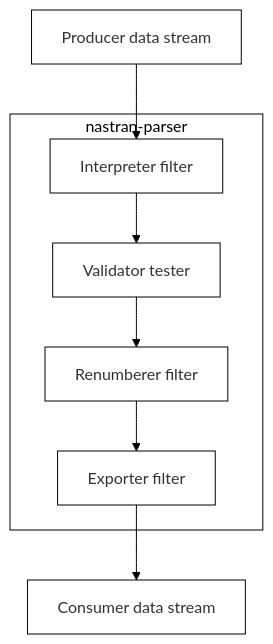
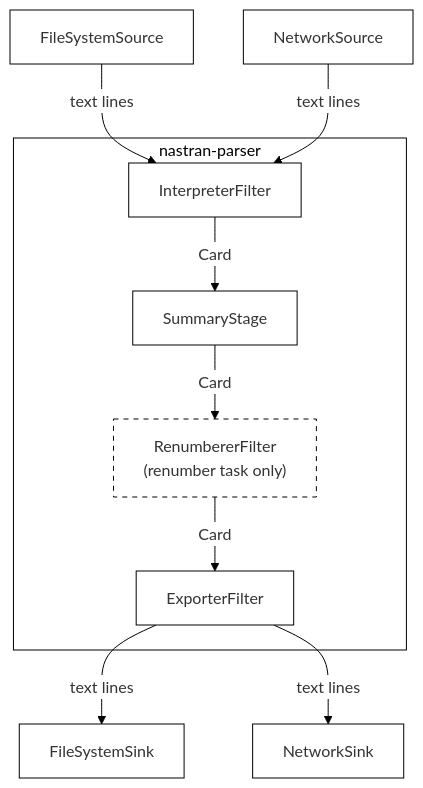
Before and after one commit to micos20/nastran-parser: the diagram in architecture/architectural_dossier.md, drawn with Mermaid. The commit also changed other lines of this file, not shown here.

First line of the commit message:
docs: expand architectural dossier with module mapping and revised diagrams

````diff
--- a/architecture/architectural_dossier.md
+++ b/architecture/architectural_dossier.md
@@ -90,20 +96,26 @@
 ```mermaid
 %%{init: {'theme': 'base', 'themeVariables': {'background': '#ffffff', 'primaryColor': '#ffffff', 'primaryBorderColor': '#000000', 'clusterBkg': '#ffffff', 'clusterBorder': '#000000', 'lineColor': '#000000', 'textColor': '#000000'}}}%%
 flowchart TD
-    A["Producer data stream"]
+    FS["FileSystemSource"]
+    NS["NetworkSource"]
 
-    subgraph nastran-parser
-        B["Interpreter filter"]
-        C["Validator tester"]
-        D["Renumberer filter"]
-        E["Exporter filter"]
+    subgraph np["nastran-parser"]
+        IF["InterpreterFilter"]
+        SS["SummaryStage"]
+        RF["RenumbererFilter\n(renumber task only)"]:::opt
+        EF["ExporterFilter"]
     end
 
-    F["Consumer data stream"]
+    FSink["FileSystemSink"]
+    NSink["NetworkSink"]
 
-    A --> B
-    B --> C
-    C --> D
-    D --> E
-    E --> F
+    FS -->|"text lines"| IF
+    NS -->|"text lines"| IF
+    IF -->|"Card"| SS
+    SS -->|"Card"| RF
+    RF -->|"Card"| EF
+    EF -->|"text lines"| FSink
+    EF -->|"text lines"| NSink
+
+    classDef opt stroke-dasharray: 5 5
 ```
````
